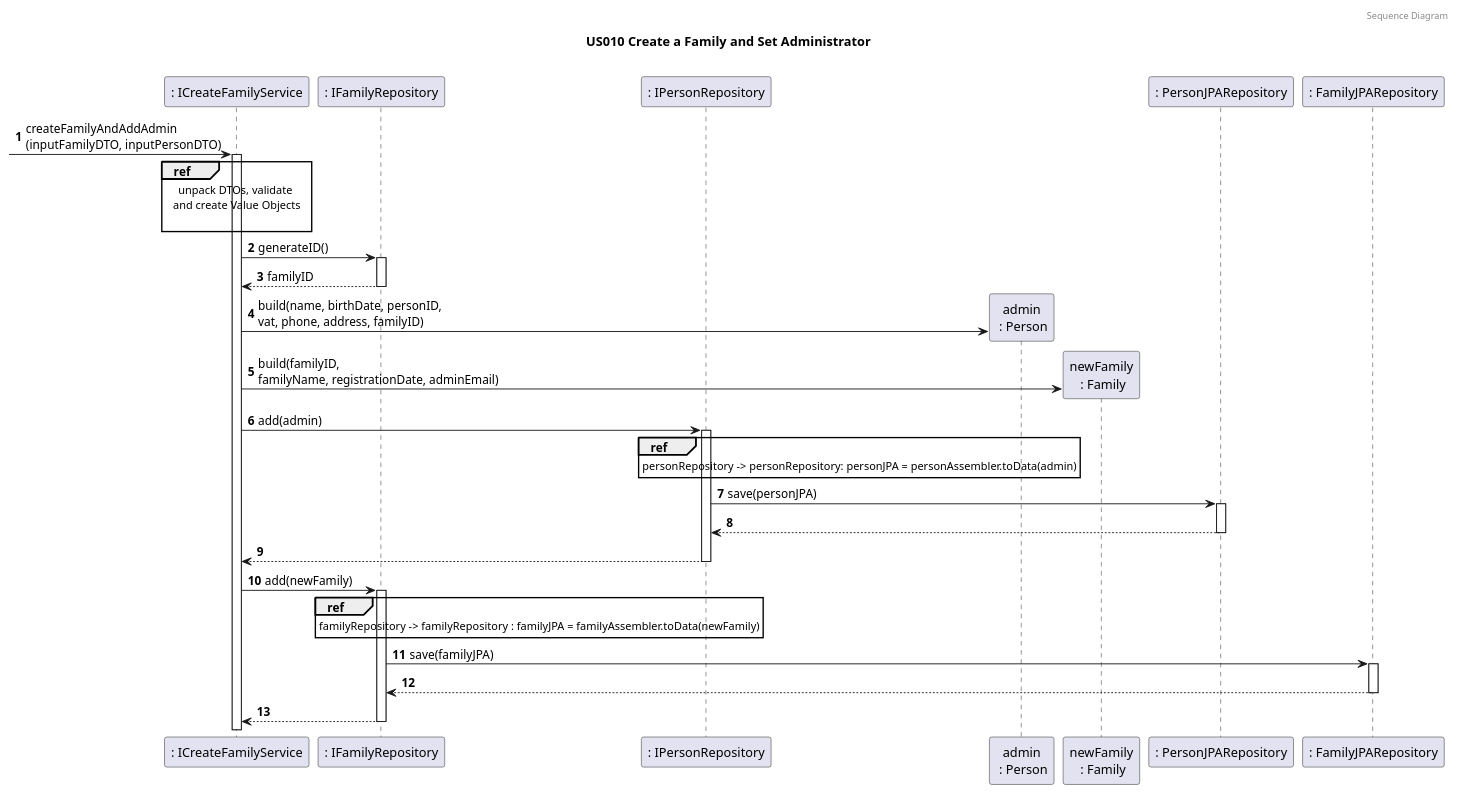
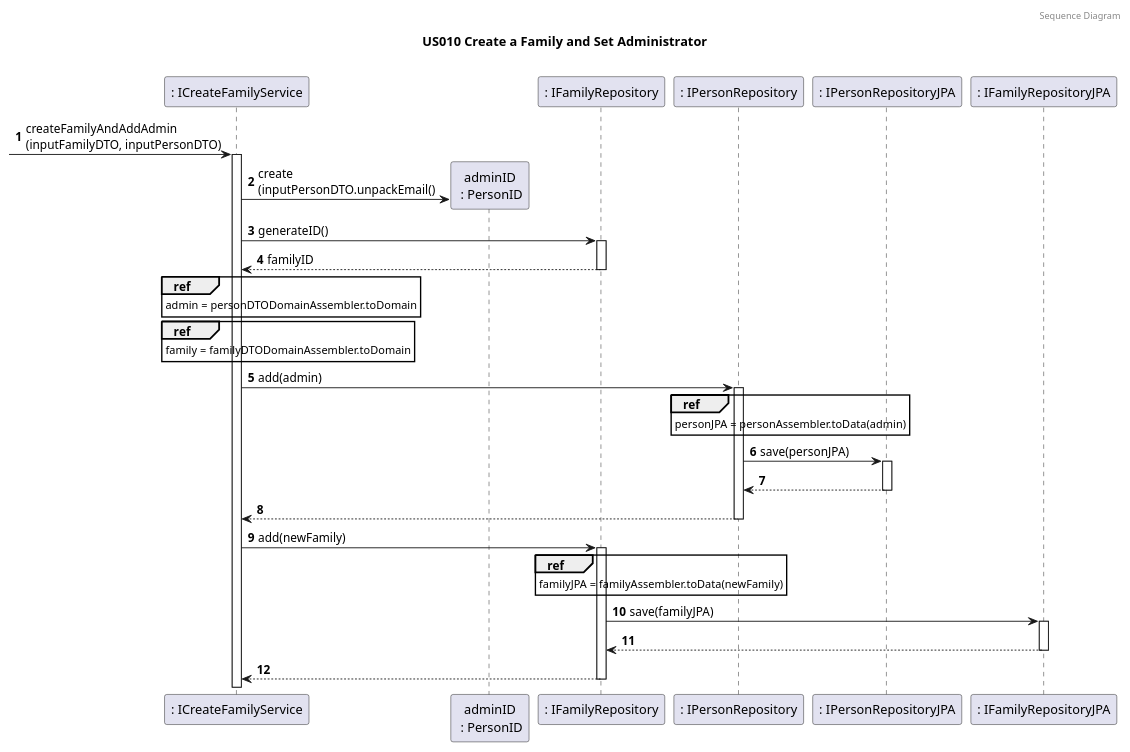
One commit to tomas-osswald/switch_2020_g3 changed the third of 7 diagrams in docs/sprint4/user_stories/US010_CreateAFamilyAndSetAdministrator.md. Above: the diagram before and after it, drawn with PlantUML. The commit also changed 1 other file, not shown here.

Commit message:
update to sd and cd diagrams

`````diff
--- a/docs/sprint4/user_stories/US010_CreateAFamilyAndSetAdministrator.md
+++ b/docs/sprint4/user_stories/US010_CreateAFamilyAndSetAdministrator.md
@@ -108,62 +108,62 @@
 ````puml
 @startuml
 
 autonumber
 header Sequence Diagram
 title US010 Create a Family and Set Administrator
 
 
 participant ": ICreateFamilyService" as FamAdminService
+participant "adminID\n : PersonID" as adminID
 participant ": IFamilyRepository" as familyRepository
 participant ": IPersonRepository" as personRepository
-participant "admin\n : Person" as admin
-participant "newFamily\n : Family" as newFamily
-participant ": PersonJPARepository" as personJAPRepository
-participant ": FamilyJPARepository" as familyJPARepository
+participant ": IPersonRepositoryJPA" as personRepositoryJPA
+participant ": IFamilyRepositoryJPA" as familyRepositoryJPA
 
 note left: especificar nome da instância no participant?
 
- -> FamAdminService : createFamilyAndAddAdmin\n(inputFamilyDTO, inputPersonDTO)
+-> FamAdminService : createFamilyAndAddAdmin\n(inputFamilyDTO, inputPersonDTO)
 activate FamAdminService
 
-ref over FamAdminService
-unpack DTOs, validate 
-and create Value Objects
-
-end ref
+FamAdminService -> adminID ** : create\n(inputPersonDTO.unpackEmail()
 
 FamAdminService -> familyRepository : generateID()
 activate familyRepository
 return familyID
-FamAdminService -> admin** : build(name, birthDate, personID, \nvat, phone, address, familyID)
 
-FamAdminService -> newFamily**: build(familyID, \nfamilyName, registrationDate, adminEmail)
+ref over FamAdminService
+admin = personDTODomainAssembler.toDomain
+end ref
+
+ref over FamAdminService
+family = familyDTODomainAssembler.toDomain
+end ref
 
 FamAdminService -> personRepository: add(admin)
 activate personRepository
 
 ref over personRepository
-personRepository -> personRepository: personJPA = personAssembler.toData(admin)
+personJPA = personAssembler.toData(admin)
 end ref
 
-personRepository -> personJAPRepository: save(personJPA)
-activate personJAPRepository
+personRepository -> personRepositoryJPA: save(personJPA)
+activate personRepositoryJPA
 return
 return
 
 FamAdminService -> familyRepository: add(newFamily)
 activate familyRepository
 
 ref over familyRepository
-familyRepository -> familyRepository : familyJPA = familyAssembler.toData(newFamily)
+familyJPA = familyAssembler.toData(newFamily)
 end ref
 
-familyRepository -> familyJPARepository : save(familyJPA)
-activate familyJPARepository
+familyRepository -> familyRepositoryJPA : save(familyJPA)
+activate familyRepositoryJPA
 return
 
 return
  
 
 @enduml
 ````
`````
